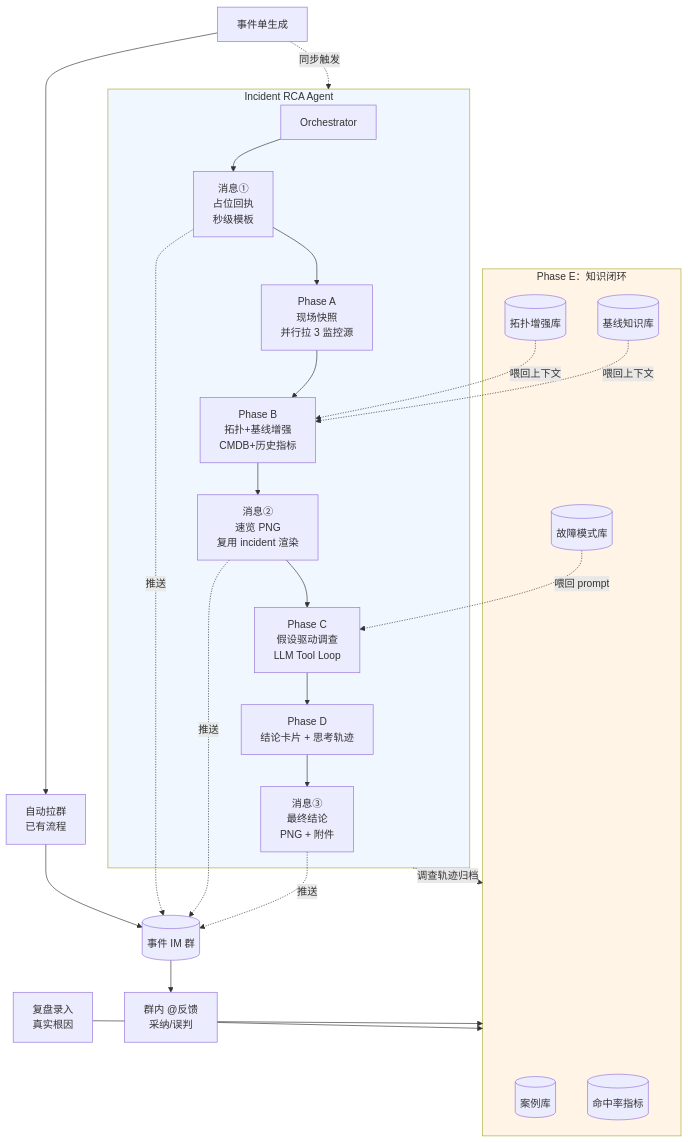
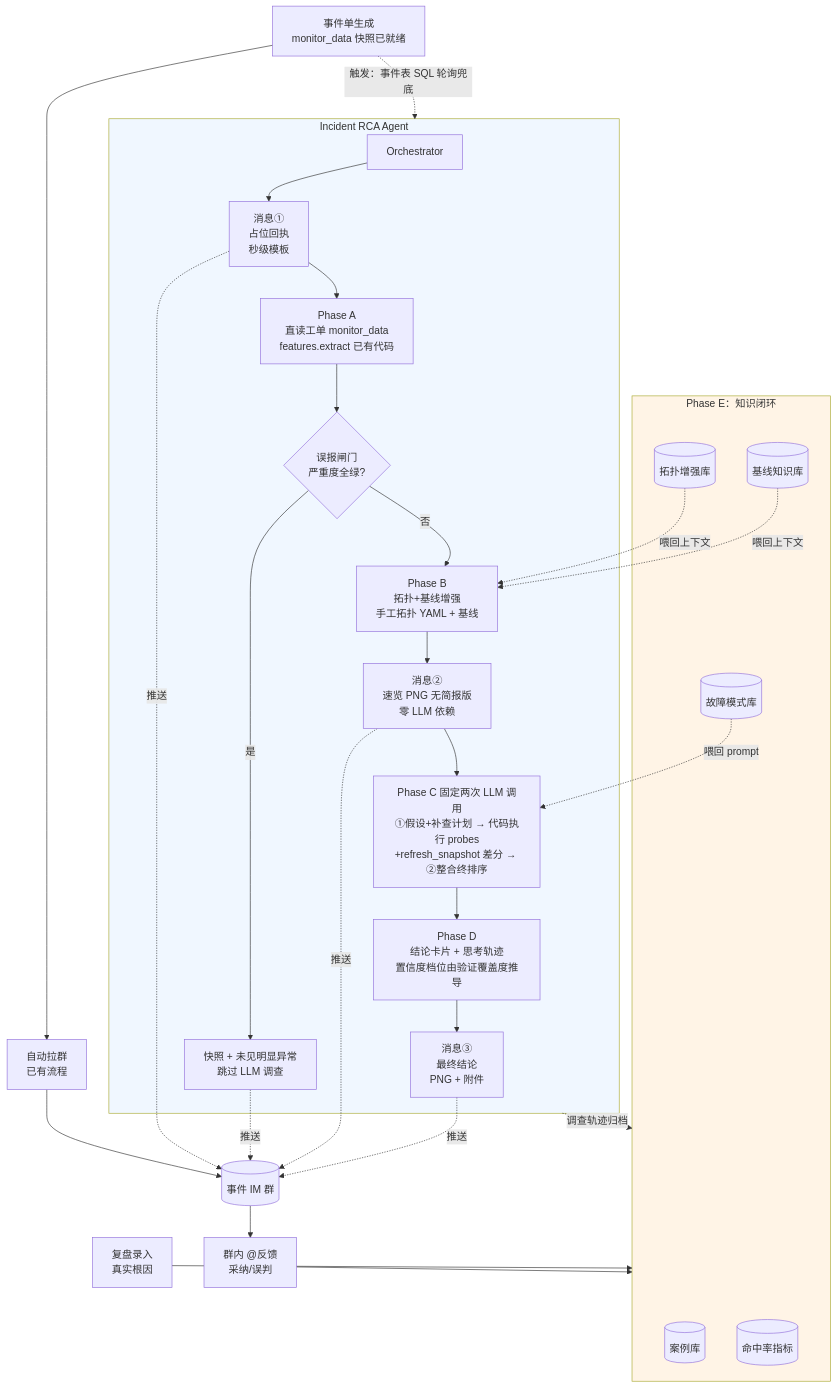
One commit to JinzeWang10/operation-agent changed the diagram in docs/plans/2026-06-02-incident-rca-agent-plan.md. Above: the diagram before and after it, drawn with Mermaid. The commit also changed other lines of this file and 13 other files, not shown here.

First line of the commit message:
refactor(pull_agent): asset 归一化与岗位判定拆成两步

````diff
--- a/docs/plans/2026-06-02-incident-rca-agent-plan.md
+++ b/docs/plans/2026-06-02-incident-rca-agent-plan.md
@@ -241,40 +252,43 @@
 ```mermaid
 flowchart TB
-    Ticket[事件单生成] --> Pull[自动拉群<br/>已有流程]
+    Ticket[事件单生成<br/>monitor_data 快照已就绪] --> Pull[自动拉群<br/>已有流程]
     Pull --> IM[(事件 IM 群)]
-    Ticket -.同步触发.-> Agent
+    Ticket -.触发：事件表 SQL 轮询兜底.-> Agent
 
     subgraph Agent[Incident RCA Agent]
         Orch[Orchestrator] --> Msg1[消息①<br/>占位回执<br/>秒级模板]
-        Msg1 --> PhaseA[Phase A<br/>现场快照<br/>并行拉 3 监控源]
-        PhaseA --> PhaseB[Phase B<br/>拓扑+基线增强<br/>CMDB+历史指标]
-        PhaseB --> Msg2[消息②<br/>速览 PNG<br/>复用 incident 渲染]
-        Msg2 --> PhaseC[Phase C<br/>假设驱动调查<br/>LLM Tool Loop]
-        PhaseC --> PhaseD[Phase D<br/>结论卡片 + 思考轨迹]
+        Msg1 --> PhaseA[Phase A<br/>直读工单 monitor_data<br/>features.extract 已有代码]
+        PhaseA --> Gate{误报闸门<br/>严重度全绿?}
+        Gate -- 是 --> MsgQuiet[快照 + 未见明显异常<br/>跳过 LLM 调查]
+        Gate -- 否 --> PhaseB[Phase B<br/>拓扑+基线增强<br/>手工拓扑 YAML + 基线]
+        PhaseB --> Msg2[消息②<br/>速览 PNG 无简报版<br/>零 LLM 依赖]
+        Msg2 --> PhaseC[Phase C 固定两次 LLM 调用<br/>①假设+补查计划 → 代码执行 probes<br/>+refresh_snapshot 差分 → ②整合终排序]
+        PhaseC --> PhaseD[Phase D<br/>结论卡片 + 思考轨迹<br/>置信度档位由验证覆盖度推导]
         PhaseD --> Msg3[消息③<br/>最终结论<br/>PNG + 附件]
     end
 
     Msg1 -.推送.-> IM
+    MsgQuiet -.推送.-> IM
     Msg2 -.推送.-> IM
     Msg3 -.推送.-> IM
 
     IM --> Feedback[群内 @反馈<br/>采纳/误判]
     Postmortem[复盘录入<br/>真实根因] --> KnowledgeLoop
     Feedback --> KnowledgeLoop
     Agent -.调查轨迹归档.-> KnowledgeLoop
 
     subgraph KnowledgeLoop[Phase E：知识闭环]
         Cases[(案例库)]
         Patterns[(故障模式库)]
         Topology[(拓扑增强库)]
         Baselines[(基线知识库)]
         Metrics[(命中率指标)]
     end
 
     Patterns -.喂回 prompt.-> PhaseC
     Topology -.喂回上下文.-> PhaseB
     Baselines -.喂回上下文.-> PhaseB
 
     style Agent fill:#f0f7ff
     style KnowledgeLoop fill:#fff4e6
 ```
````
